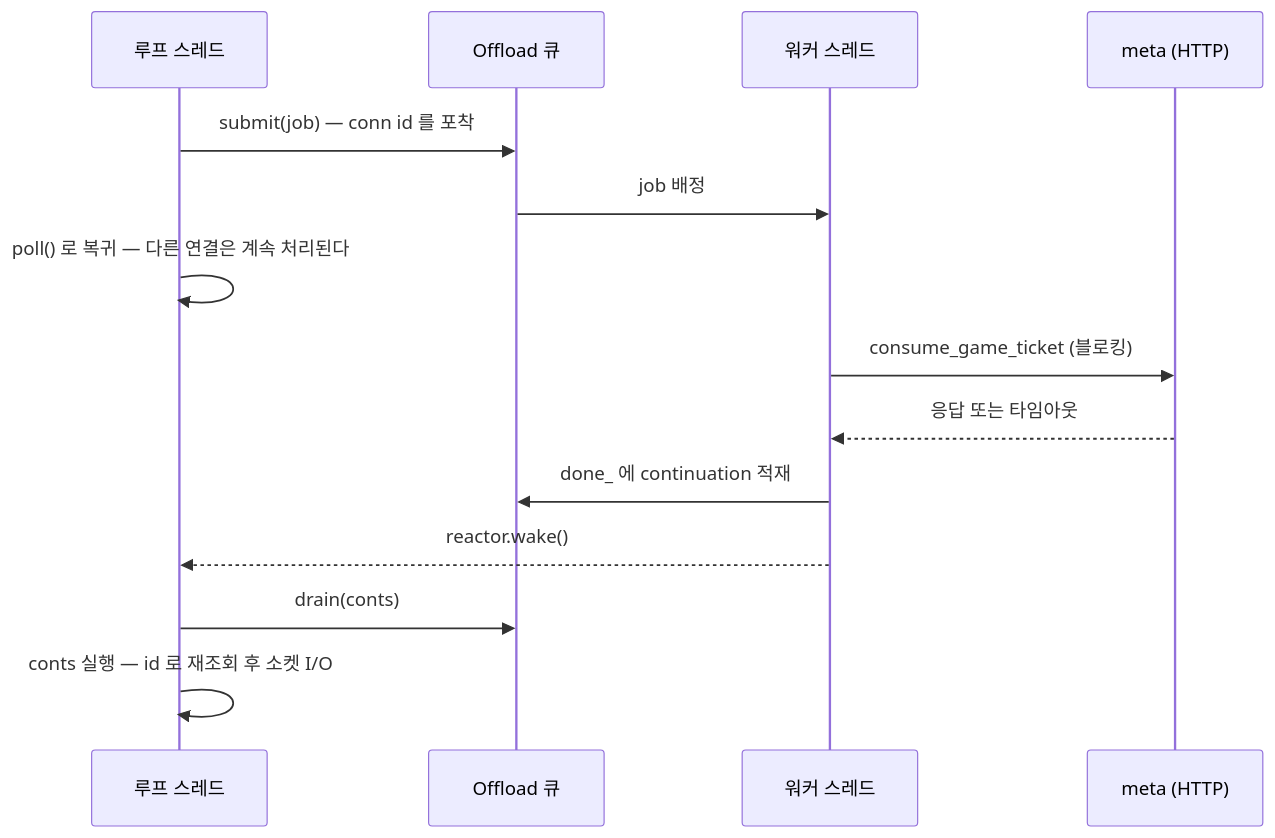
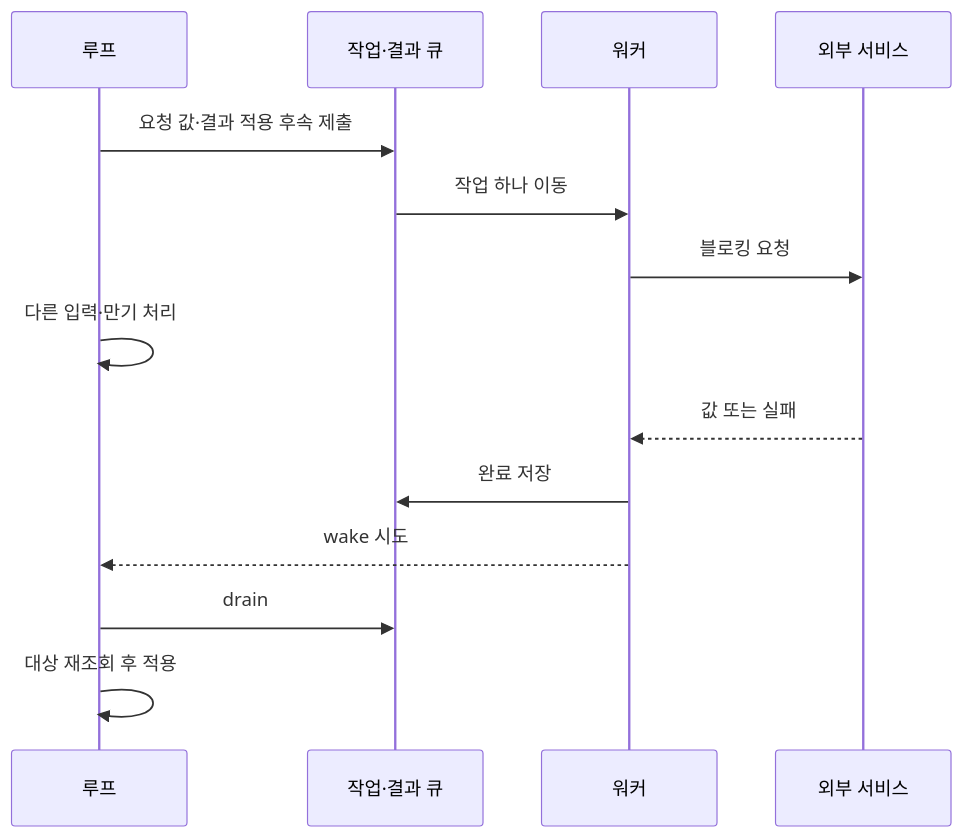
One commit to Rein-ArXiv/Tetris-Multiplayer-RL changed the second of 5 diagrams in docs/blog/part14-event-loop-scaling.md. Above: the diagram before and after it, drawn with Mermaid. The commit also changed other lines of this file and 51035 other files, not shown here.

````diff
--- a/docs/blog/part14-event-loop-scaling.md
+++ b/docs/blog/part14-event-loop-scaling.md
@@ -1354,16 +1317,16 @@
 ```mermaid
 sequenceDiagram
-    participant L as 루프 스레드
-    participant Q as Offload 큐
-    participant W as 워커 스레드
-    participant M as meta (HTTP)
-    L->>Q: submit(job) — conn id 를 포착
-    Q->>W: job 배정
-    L->>L: poll() 로 복귀 — 다른 연결은 계속 처리된다
-    W->>M: consume_game_ticket (블로킹)
-    M-->>W: 응답 또는 타임아웃
-    W->>Q: done_ 에 continuation 적재
-    W-->>L: reactor.wake()
-    L->>Q: drain(conts)
-    L->>L: conts 실행 — id 로 재조회 후 소켓 I/O
+    participant L as 루프
+    participant Q as 작업·결과 큐
+    participant W as 워커
+    participant M as 외부 서비스
+    L->>Q: 요청 값·결과 적용 후속 제출
+    Q->>W: 작업 하나 이동
+    W->>M: 블로킹 요청
+    L->>L: 다른 입력·만기 처리
+    M-->>W: 값 또는 실패
+    W->>Q: 완료 저장
+    W-->>L: wake 시도
+    L->>Q: drain
+    L->>L: 대상 재조회 후 적용
 ```
````
